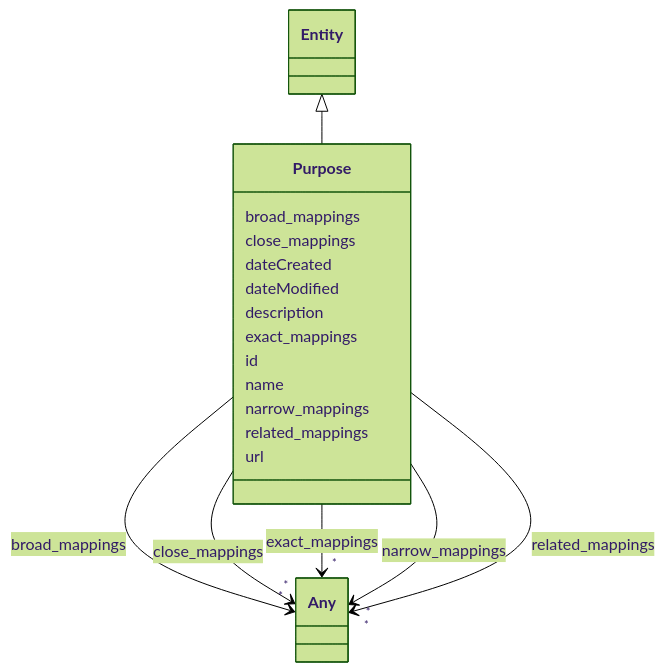
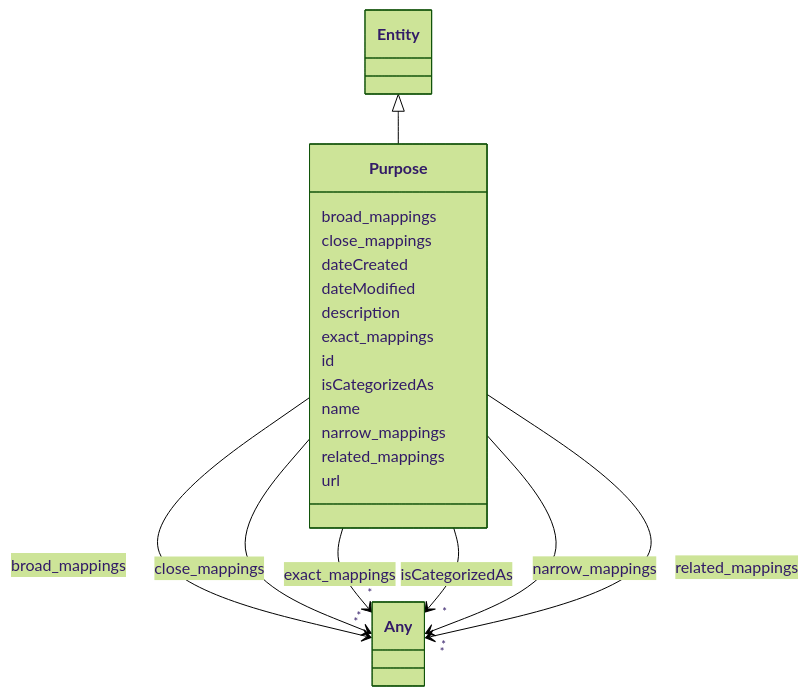
One commit to dhavalsalwala/ai-atlas-nexus-fork changed the diagram in docs/ontology/Purpose.md. Above: the diagram before and after it, drawn with Mermaid (forest theme). The commit also changed other lines of this file and 130 other files, not shown here.

```diff
--- a/docs/ontology/Purpose.md
+++ b/docs/ontology/Purpose.md
@@ -52,6 +52,17 @@
 
       Purpose : id
 
+      Purpose : isCategorizedAs
+
+
+
+
+
+        Purpose --> "*" Any : isCategorizedAs
+        click Any href "../Any/"
+
+
+
       Purpose : name
 
       Purpose : narrow_mappings
```
